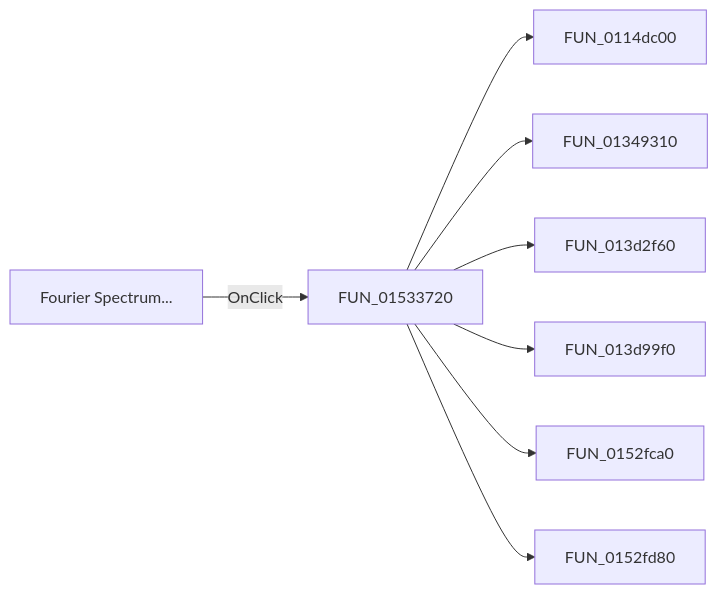
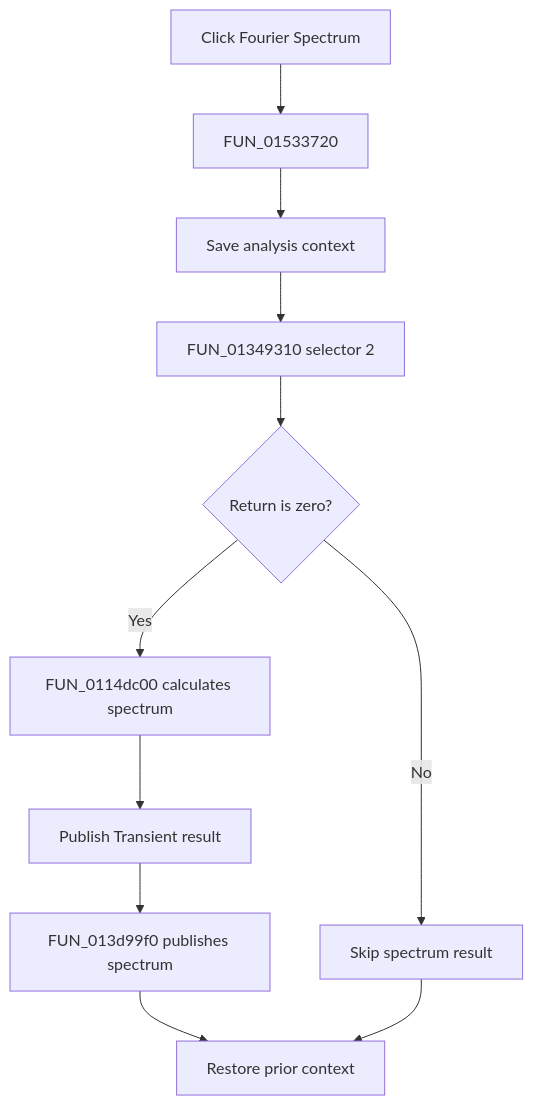
One commit to MovGP0/TIARA changed the diagram in docs/ui-controls/netlisteditor/mifourierspectrum-1c349a73af.md. Above: the diagram before and after it, drawn with Mermaid. The commit also changed other lines of this file and 1062 other files, not shown here.

````diff
--- a/docs/ui-controls/netlisteditor/mifourierspectrum-1c349a73af.md
+++ b/docs/ui-controls/netlisteditor/mifourierspectrum-1c349a73af.md
@@ -27,10 +29,13 @@
 ```mermaid
-flowchart LR
-    control["Fourier Spectrum..."] -->|OnClick| handler["FUN_01533720"]
-    handler --> call1["FUN_0114dc00"]
-    handler --> call2["FUN_01349310"]
-    handler --> call3["FUN_013d2f60"]
-    handler --> call4["FUN_013d99f0"]
-    handler --> call5["FUN_0152fca0"]
-    handler --> call6["FUN_0152fd80"]
+flowchart TD
+    control["Click Fourier Spectrum"] --> handler["FUN_01533720"]
+    handler --> prepare["Save analysis context"]
+    prepare --> setup["FUN_01349310 selector 2"]
+    setup --> zero{"Return is zero?"}
+    zero -->|No| skip["Skip spectrum result"]
+    zero -->|Yes| spectrum["FUN_0114dc00 calculates spectrum"]
+    spectrum --> transient["Publish Transient result"]
+    transient --> publish["FUN_013d99f0 publishes spectrum"]
+    publish --> restore["Restore prior context"]
+    skip --> restore
 ```
````
